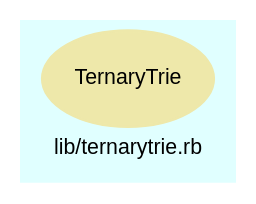
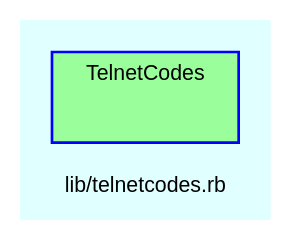
One commit to Tyche/teensymud changed the diagram in doc/dot/f_11.dot. Above: the diagram before and after it, drawn with Graphviz. The commit also changed 166 other files, not shown here.

```diff
--- a/doc/dot/f_11.dot
+++ b/doc/dot/f_11.dot
@@ -1,22 +1,29 @@
 digraph TopLevel {
     compound = true
     bgcolor = lightcyan1
     fontname = Arial
     fontsize = 8
-    label = "lib/ternarytrie.rb"
+    label = "lib/telnetcodes.rb"
     node [
         fontname = Arial,
         fontsize = 8,
         color = black
     ]
 
-    TernaryTrie [
-        fontcolor = black,
-        URL = "classes/TernaryTrie.html",
-        shape = ellipse,
-        color = palegoldenrod,
-        style = filled,
-        label = "TernaryTrie"
-    ]
+    subgraph cluster_TelnetCodes {
+        fillcolor = palegreen1
+        URL = "classes/TelnetCodes.html"
+        fontname = Arial
+        color = blue
+        label = "TelnetCodes"
+        style = filled
+        TelnetCodes [
+            shape = plaintext,
+            height = 0.01,
+            width = 0.75,
+            label = ""
+        ]
+
+    }
 
 }
```
